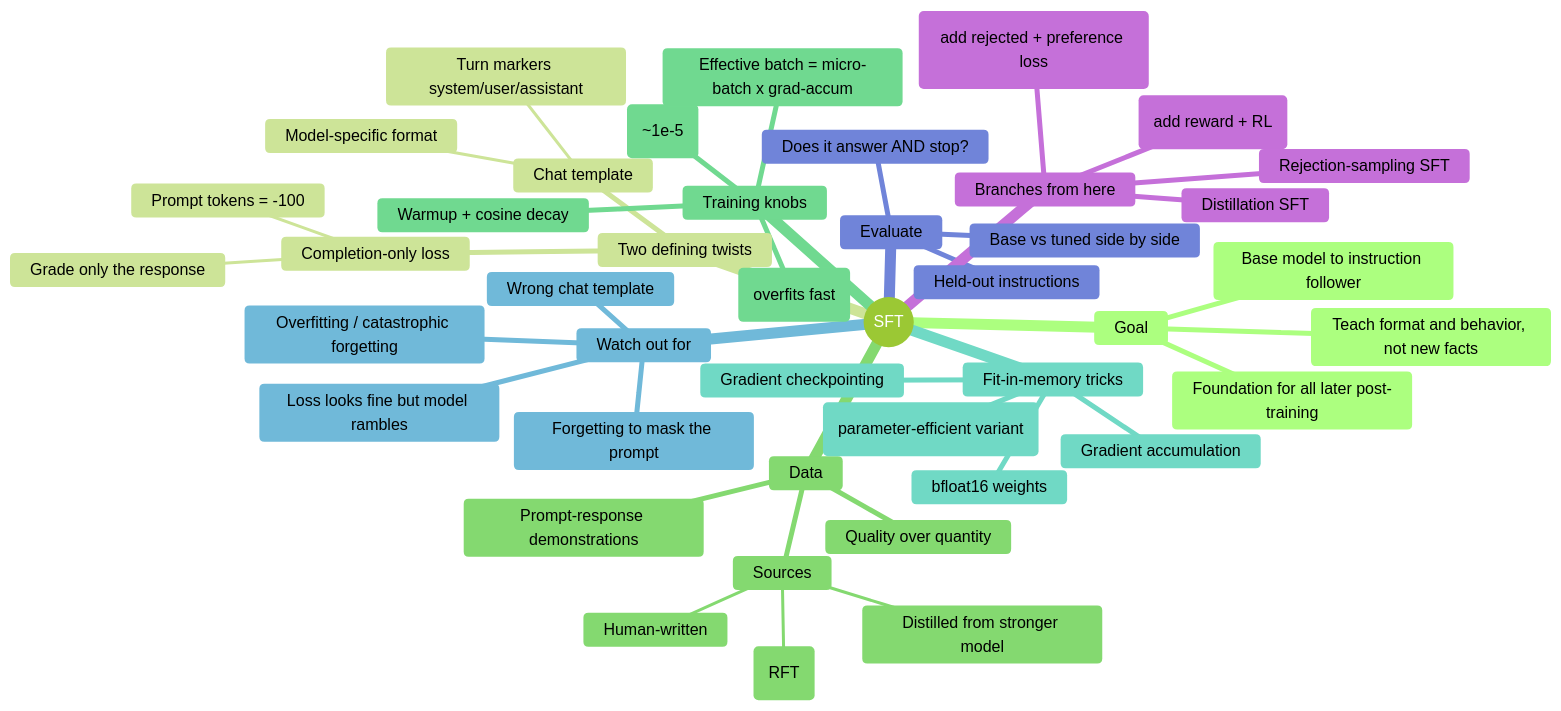
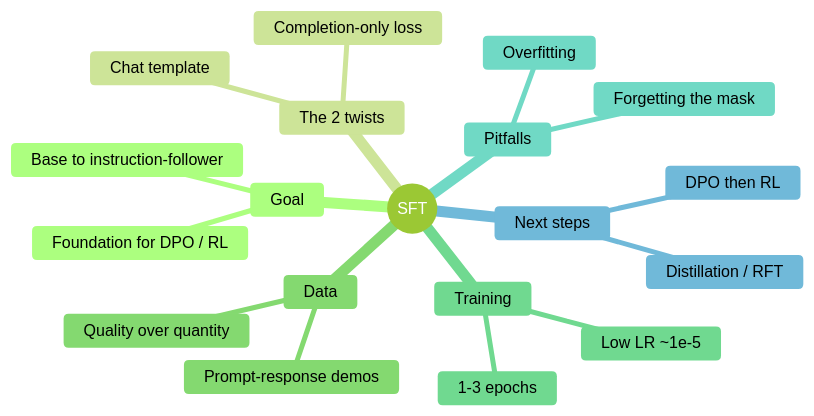
One commit to Raghavan1988/posttraining-dl changed the third of 4 diagrams in SFT_concepts_diagram.md. Above: the diagram before and after it, drawn with Mermaid (forest theme).

Commit message:
Simplify SFT mindmap for readability

````diff
--- a/SFT_concepts_diagram.md
+++ b/SFT_concepts_diagram.md
@@ -62,46 +62,22 @@
 ```mermaid
 mindmap
   root((SFT))
     Goal
-      Base model to instruction follower
-      Teach format and behavior, not new facts
-      Foundation for all later post-training
-    Two defining twists
+      Base to instruction-follower
+      Foundation for DPO / RL
+    The 2 twists
       Chat template
-        Turn markers system/user/assistant
-        Model-specific format
       Completion-only loss
-        Prompt tokens = -100
-        Grade only the response
     Data
-      Prompt-response demonstrations
+      Prompt-response demos
       Quality over quantity
-      Sources
-        Human-written
-        Distilled from stronger model
-        Rejection-sampled (RFT)
-    Training knobs
-      Small learning rate (~1e-5)
-      Warmup + cosine decay
-      Effective batch = micro-batch x grad-accum
-      Epochs 1-3 (overfits fast)
-    Fit-in-memory tricks
-      bfloat16 weights
-      Gradient checkpointing
-      Gradient accumulation
-      LoRA / QLoRA (parameter-efficient variant)
-    Watch out for
-      Forgetting to mask the prompt
-      Wrong chat template
-      Overfitting / catastrophic forgetting
-      Loss looks fine but model rambles
-    Evaluate
-      Base vs tuned side by side
-      Does it answer AND stop?
-      Held-out instructions
-    Branches from here
-      Rejection-sampling SFT
-      Distillation SFT
-      DPO / KTO (add rejected + preference loss)
-      RLHF / GRPO (add reward + RL)
+    Training
+      Low LR ~1e-5
+      1-3 epochs
+    Pitfalls
+      Forgetting the mask
+      Overfitting
+    Next steps
+      Distillation / RFT
+      DPO then RL
 ```
````
